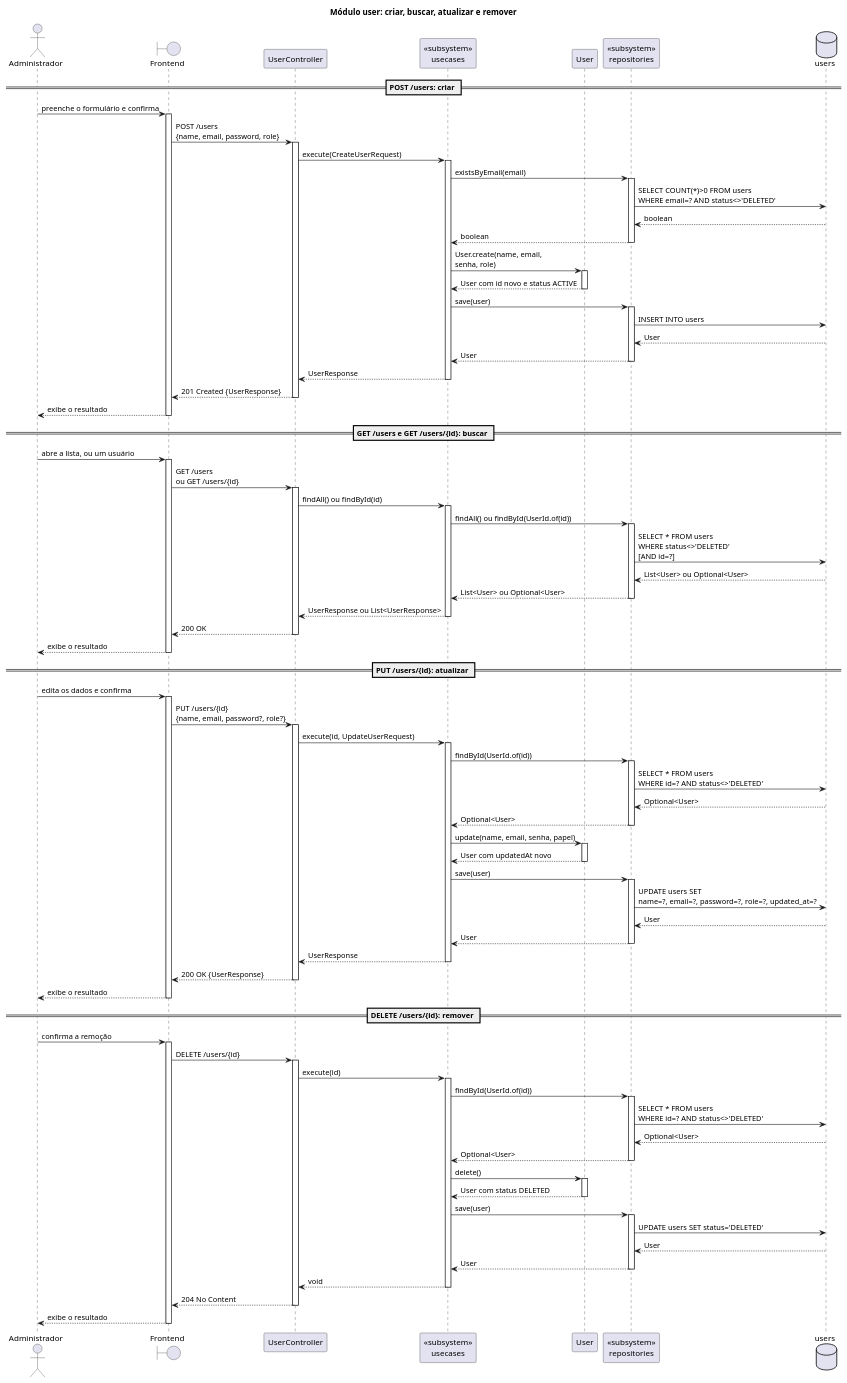
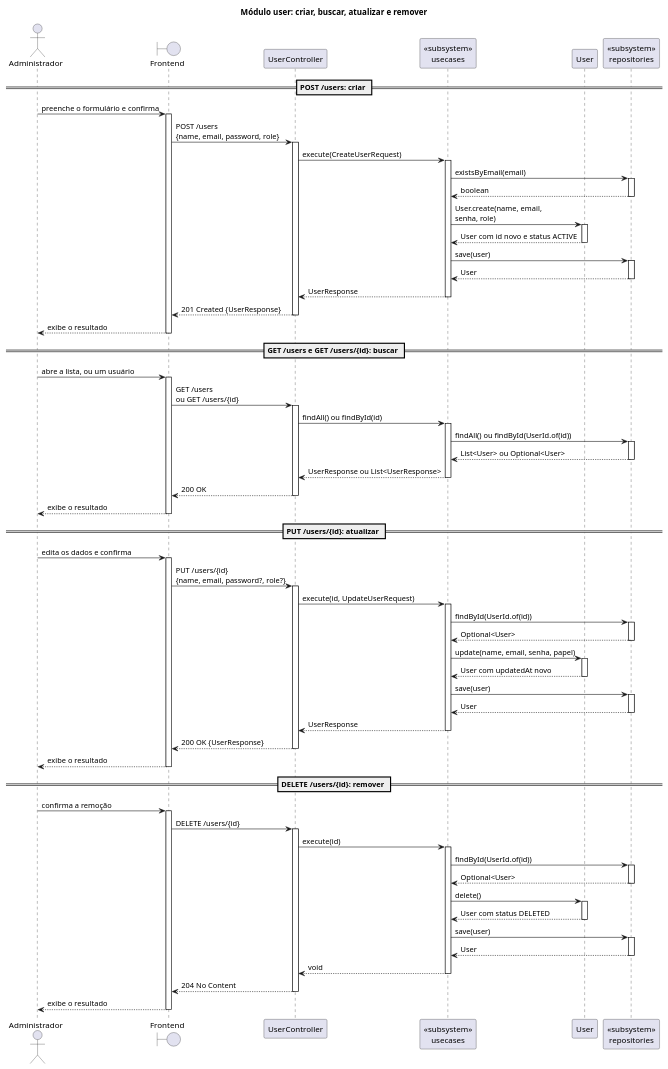
One commit to Neoguara/rooms-diagrams changed the diagram in src/plantuml/sequencia/simples/user.puml. Above: the diagram before and after it, drawn with PlantUML. The commit also changed 23 other files, not shown here.

```diff
--- a/src/plantuml/sequencia/simples/user.puml
+++ b/src/plantuml/sequencia/simples/user.puml
@@ -1,159 +1,147 @@
 @startuml user_simples
 
 ' Módulo user inteiro em um arquivo, no estilo simplista. Os cinco diagramas completos
 ' continuam em sequencia/user/, um por endpoint, e é lá que estão os desvios.
 '
-' Quatro cortes em relação a eles:
+' Cinco cortes em relação a eles:
 '   1. Porta e implementação viram um participante só, tipado como «subsystem».
 '   2. Só o caminho de sucesso. Nenhum alt: os erros (400, 404, 409, 422) estão nos
 '      diagramas completos, e as guardas de status estão em estado/user_status.puml.
 '   3. Nenhuma mensagem para si mesmo: fluxo interno não é troca entre participantes. O
 '      que ele dizia foi para o rótulo da chamada ou do retorno.
 '   4. Ativação só em trecho reto, abrindo e fechando no mesmo nível.
+'   5. O armazenamento não aparece. As mensagens param no participante de repositório,
+'      e a consulta ou gravação fica implícita: o que importa é a conversa entre as
+'      camadas, não o SQL.
 '
 ' A camada de caso de uso é uma raia só, tipada como «subsystem». Ela não representa uma
 ' classe: representa a camada. As cinco classes estão em classe/simples/user.puml.
 '
 ' O PATCH /users/{id}/status fica de fora: as transições estão em estado/user_status.puml.
 
 title Módulo user: criar, buscar, atualizar e remover
 
 actor "Administrador" as Ator
 boundary "Frontend" as FE
 participant "UserController" as Ctrl
 
 participant "<<subsystem>>\nusecases" as UC
 
 participant "User" as Entity
 participant "<<subsystem>>\nrepositories" as Repo
-database "users" as DB
 
 == POST /users: criar ==
 
 Ator -> FE: preenche o formulário e confirma
 activate FE
 FE -> Ctrl: POST /users\n{name, email, password, role}
 activate Ctrl
 Ctrl -> UC: execute(CreateUserRequest)
 activate UC
 
 UC -> Repo: existsByEmail(email)
 activate Repo
-Repo -> DB: SELECT COUNT(*)>0 FROM users\nWHERE email=? AND status<>'DELETED'
-DB --> Repo: boolean
 Repo --> UC: boolean
 deactivate Repo
 
 UC -> Entity: User.create(name, email,\nsenha, role)
 activate Entity
 Entity --> UC: User com id novo e status ACTIVE
 deactivate Entity
 
 UC -> Repo: save(user)
 activate Repo
-Repo -> DB: INSERT INTO users
-DB --> Repo: User
 Repo --> UC: User
 deactivate Repo
 
 UC --> Ctrl: UserResponse
 deactivate UC
 Ctrl --> FE: 201 Created {UserResponse}
 deactivate Ctrl
 FE --> Ator: exibe o resultado
 deactivate FE
 
 == GET /users e GET /users/{id}: buscar ==
 
 Ator -> FE: abre a lista, ou um usuário
 activate FE
 FE -> Ctrl: GET /users\nou GET /users/{id}
 activate Ctrl
 Ctrl -> UC: findAll() ou findById(id)
 activate UC
 
 UC -> Repo: findAll() ou findById(UserId.of(id))
 activate Repo
-Repo -> DB: SELECT * FROM users\nWHERE status<>'DELETED'\n[AND id=?]
-DB --> Repo: List<User> ou Optional<User>
 Repo --> UC: List<User> ou Optional<User>
 deactivate Repo
 
 UC --> Ctrl: UserResponse ou List<UserResponse>
 deactivate UC
 Ctrl --> FE: 200 OK
 deactivate Ctrl
 FE --> Ator: exibe o resultado
 deactivate FE
 
 == PUT /users/{id}: atualizar ==
 
 Ator -> FE: edita os dados e confirma
 activate FE
 FE -> Ctrl: PUT /users/{id}\n{name, email, password?, role?}
 activate Ctrl
 Ctrl -> UC: execute(id, UpdateUserRequest)
 activate UC
 
 UC -> Repo: findById(UserId.of(id))
 activate Repo
-Repo -> DB: SELECT * FROM users\nWHERE id=? AND status<>'DELETED'
-DB --> Repo: Optional<User>
 Repo --> UC: Optional<User>
 deactivate Repo
 
 UC -> Entity: update(name, email, senha, papel)
 activate Entity
 Entity --> UC: User com updatedAt novo
 deactivate Entity
 
 UC -> Repo: save(user)
 activate Repo
-Repo -> DB: UPDATE users SET\nname=?, email=?, password=?, role=?, updated_at=?
-DB --> Repo: User
 Repo --> UC: User
 deactivate Repo
 
 UC --> Ctrl: UserResponse
 deactivate UC
 Ctrl --> FE: 200 OK {UserResponse}
 deactivate Ctrl
 FE --> Ator: exibe o resultado
 deactivate FE
 
 == DELETE /users/{id}: remover ==
 
 Ator -> FE: confirma a remoção
 activate FE
 FE -> Ctrl: DELETE /users/{id}
 activate Ctrl
 Ctrl -> UC: execute(id)
 activate UC
 
 UC -> Repo: findById(UserId.of(id))
 activate Repo
-Repo -> DB: SELECT * FROM users\nWHERE id=? AND status<>'DELETED'
-DB --> Repo: Optional<User>
 Repo --> UC: Optional<User>
 deactivate Repo
 
 UC -> Entity: delete()
 activate Entity
 Entity --> UC: User com status DELETED
 deactivate Entity
 
 UC -> Repo: save(user)
 activate Repo
-Repo -> DB: UPDATE users SET status='DELETED'
-DB --> Repo: User
 Repo --> UC: User
 deactivate Repo
 
 UC --> Ctrl: void
 deactivate UC
 Ctrl --> FE: 204 No Content
 deactivate Ctrl
 FE --> Ator: exibe o resultado
 deactivate FE
 
 @enduml
```
